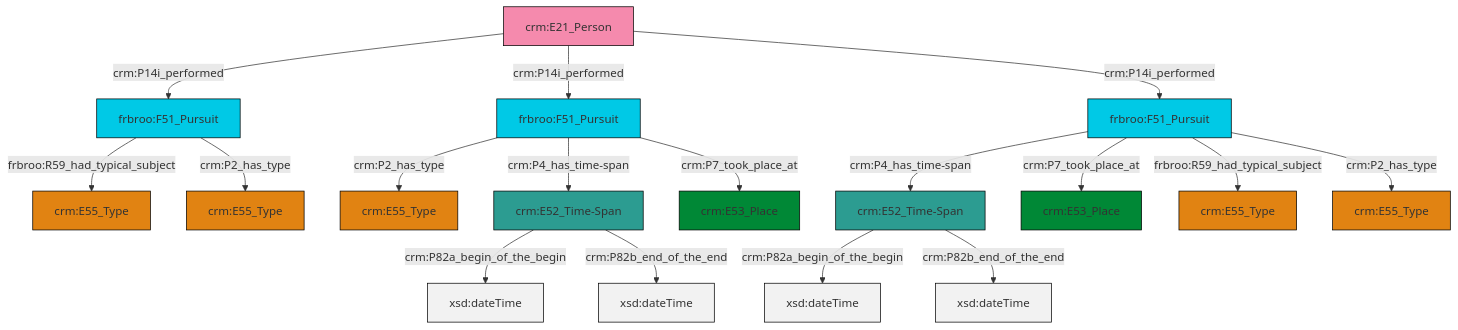
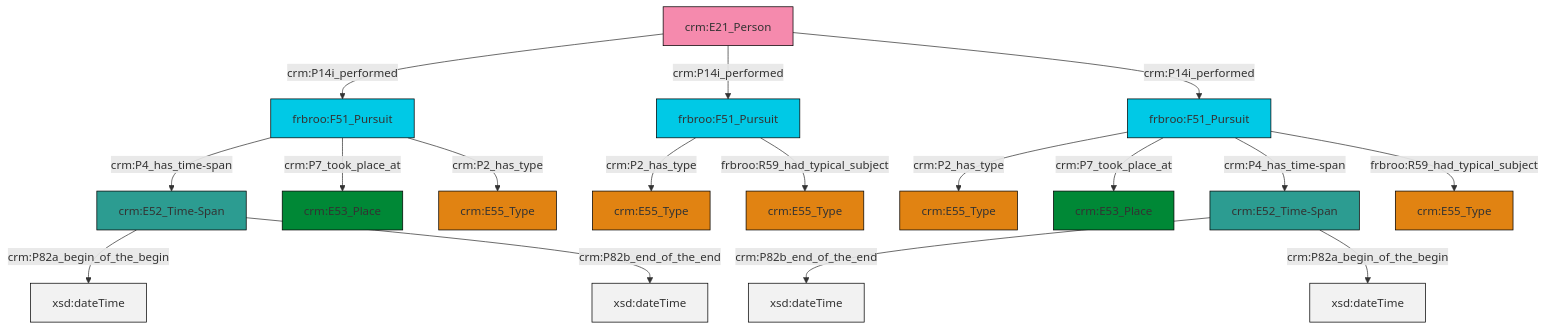
One commit to swiss-art-research-net/reference-data-models changed the diagram in et/personCSV/ttl/mmd/Person_Event.ttl.mmd. Above: the diagram before and after it, drawn with Mermaid. The commit also changed 128 other files, not shown here.

```diff
--- a/et/personCSV/ttl/mmd/Person_Event.ttl.mmd
+++ b/et/personCSV/ttl/mmd/Person_Event.ttl.mmd
@@ -1,31 +1,31 @@
 graph TD
 classDef Literal fill:#f2f2f2,stroke:#000000;
 classDef CRM_Entity fill:#FFFFFF,stroke:#000000;
 classDef Temporal_Entity fill:#00C9E6, stroke:#000000;
 classDef Type fill:#E18312, stroke:#000000;
 classDef Time-Span fill:#2C9C91, stroke:#000000;
 classDef Appellation fill:#FFEB7F, stroke:#000000;
 classDef Place fill:#008836, stroke:#000000;
 classDef Persistent_Item fill:#B266B2, stroke:#000000;
 classDef Conceptual_Object fill:#FFD700, stroke:#000000;
 classDef Physical_Thing fill:#D2B48C, stroke:#000000;
 classDef Actor fill:#f58aad, stroke:#000000;
 classDef PC_Classes fill:#4ce600, stroke:#000000;
 classDef Multi fill:#cccccc,stroke:#000000;
 
-0["crm:E21_Person"]:::Actor -->|crm:P14i_performed| 1["frbroo:F51_Pursuit"]:::Temporal_Entity
-2["frbroo:F51_Pursuit"]:::Temporal_Entity -->|crm:P2_has_type| 3["crm:E55_Type"]:::Type
-4["frbroo:F51_Pursuit"]:::Temporal_Entity -->|crm:P4_has_time-span| 5["crm:E52_Time-Span"]:::Time-Span
-4["frbroo:F51_Pursuit"]:::Temporal_Entity -->|crm:P7_took_place_at| 6["crm:E53_Place"]:::Place
-1["frbroo:F51_Pursuit"]:::Temporal_Entity -->|frbroo:R59_had_typical_subject| 10["crm:E55_Type"]:::Type
-0["crm:E21_Person"]:::Actor -->|crm:P14i_performed| 2["frbroo:F51_Pursuit"]:::Temporal_Entity
-13["crm:E52_Time-Span"]:::Time-Span -->|crm:P82a_begin_of_the_begin| 14[xsd:dateTime]:::Literal
-2["frbroo:F51_Pursuit"]:::Temporal_Entity -->|crm:P4_has_time-span| 13["crm:E52_Time-Span"]:::Time-Span
-5["crm:E52_Time-Span"]:::Time-Span -->|crm:P82a_begin_of_the_begin| 16[xsd:dateTime]:::Literal
-4["frbroo:F51_Pursuit"]:::Temporal_Entity -->|frbroo:R59_had_typical_subject| 17["crm:E55_Type"]:::Type
-2["frbroo:F51_Pursuit"]:::Temporal_Entity -->|crm:P7_took_place_at| 7["crm:E53_Place"]:::Place
-4["frbroo:F51_Pursuit"]:::Temporal_Entity -->|crm:P2_has_type| 21["crm:E55_Type"]:::Type
-5["crm:E52_Time-Span"]:::Time-Span -->|crm:P82b_end_of_the_end| 29[xsd:dateTime]:::Literal
-13["crm:E52_Time-Span"]:::Time-Span -->|crm:P82b_end_of_the_end| 30[xsd:dateTime]:::Literal
-0["crm:E21_Person"]:::Actor -->|crm:P14i_performed| 4["frbroo:F51_Pursuit"]:::Temporal_Entity
-1["frbroo:F51_Pursuit"]:::Temporal_Entity -->|crm:P2_has_type| 11["crm:E55_Type"]:::Type
+0["frbroo:F51_Pursuit"]:::Temporal_Entity -->|crm:P4_has_time-span| 1["crm:E52_Time-Span"]:::Time-Span
+0["frbroo:F51_Pursuit"]:::Temporal_Entity -->|crm:P7_took_place_at| 2["crm:E53_Place"]:::Place
+3["frbroo:F51_Pursuit"]:::Temporal_Entity -->|crm:P2_has_type| 4["crm:E55_Type"]:::Type
+10["crm:E21_Person"]:::Actor -->|crm:P14i_performed| 0["frbroo:F51_Pursuit"]:::Temporal_Entity
+1["crm:E52_Time-Span"]:::Time-Span -->|crm:P82a_begin_of_the_begin| 12[xsd:dateTime]:::Literal
+3["frbroo:F51_Pursuit"]:::Temporal_Entity -->|crm:P7_took_place_at| 5["crm:E53_Place"]:::Place
+10["crm:E21_Person"]:::Actor -->|crm:P14i_performed| 13["frbroo:F51_Pursuit"]:::Temporal_Entity
+3["frbroo:F51_Pursuit"]:::Temporal_Entity -->|crm:P4_has_time-span| 15["crm:E52_Time-Span"]:::Time-Span
+15["crm:E52_Time-Span"]:::Time-Span -->|crm:P82b_end_of_the_end| 16[xsd:dateTime]:::Literal
+1["crm:E52_Time-Span"]:::Time-Span -->|crm:P82b_end_of_the_end| 22[xsd:dateTime]:::Literal
+13["frbroo:F51_Pursuit"]:::Temporal_Entity -->|crm:P2_has_type| 8["crm:E55_Type"]:::Type
+10["crm:E21_Person"]:::Actor -->|crm:P14i_performed| 3["frbroo:F51_Pursuit"]:::Temporal_Entity
+3["frbroo:F51_Pursuit"]:::Temporal_Entity -->|frbroo:R59_had_typical_subject| 25["crm:E55_Type"]:::Type
+0["frbroo:F51_Pursuit"]:::Temporal_Entity -->|crm:P2_has_type| 23["crm:E55_Type"]:::Type
+13["frbroo:F51_Pursuit"]:::Temporal_Entity -->|frbroo:R59_had_typical_subject| 20["crm:E55_Type"]:::Type
+15["crm:E52_Time-Span"]:::Time-Span -->|crm:P82a_begin_of_the_begin| 32[xsd:dateTime]:::Literal
```
